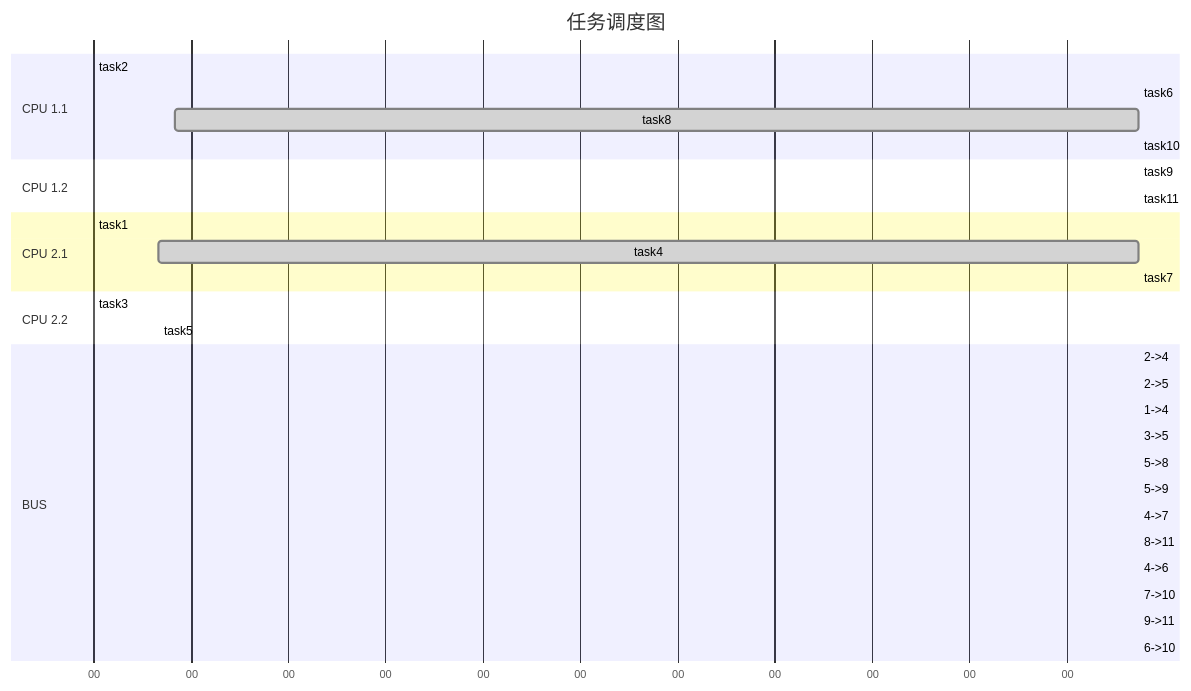
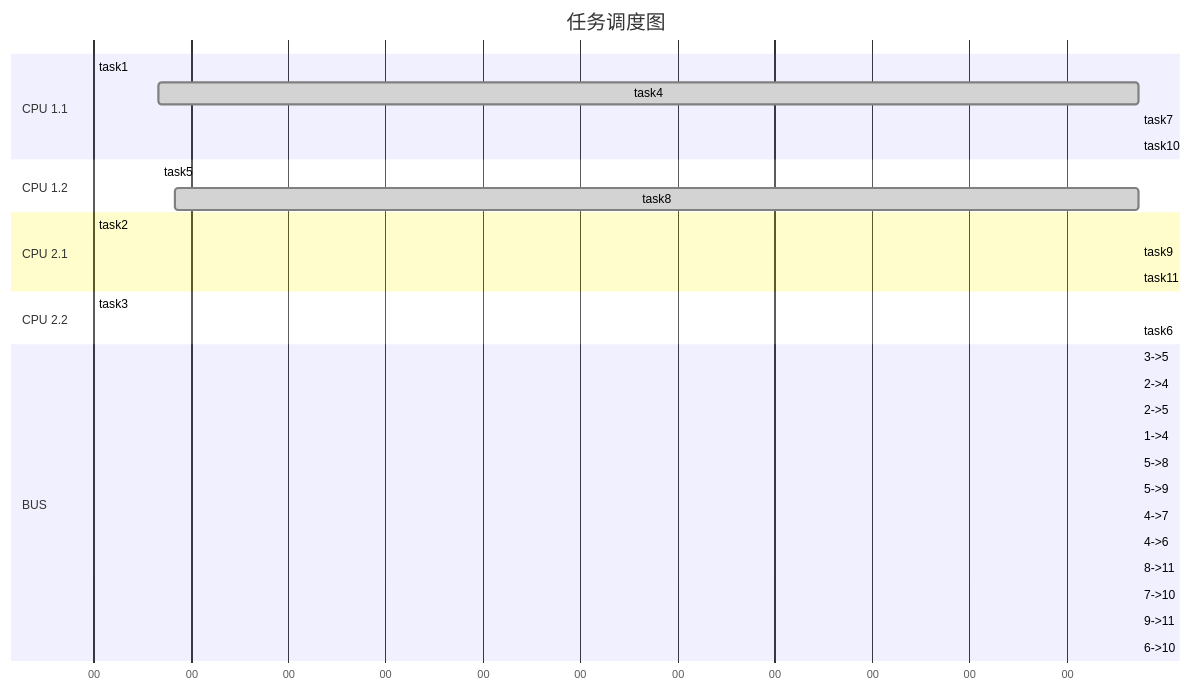
The diagram in hspa_ahg/mermaid_out.mmd (Willendless/trivial_software_hardware_algorithm), drawn with Mermaid before and after one commit. The commit also changed 5 other files, not shown here.

```diff
--- a/hspa_ahg/mermaid_out.mmd
+++ b/hspa_ahg/mermaid_out.mmd
@@ -1,32 +1,32 @@
 gantt
 title 任务调度图
 	dateFormat s
 	axisFormat %S
 	section CPU 1.1
-	task2 :done, des1, 00, 03
-	task6 :done, des1, 14, 24
-	task8 :done, des1, 09, 11
-	task10 :done, des1, 27, 29
-	section CPU 1.2
-	task9 :done, des1, 10, 17
-	task11 :done, des1, 19, 28
-	section CPU 2.1
 	task1 :done, des1, 00, 04
 	task4 :done, des1, 05, 10
 	task7 :done, des1, 11, 14
+	task10 :done, des1, 27, 32
+	section CPU 1.2
+	task5 :done, des1, 05, 08
+	task8 :done, des1, 09, 13
+	section CPU 2.1
+	task2 :done, des1, 00, 03
+	task9 :done, des1, 10, 17
+	task11 :done, des1, 19, 28
 	section CPU 2.2
-	task3 :done, des1, 00, 04
-	task5 :done, des1, 05, 08
+	task3 :done, des1, 00, 01
+	task6 :done, des1, 14, 24
 	section BUS
+	3->5 :done, des1,  1,  2
 	2->4 :done, des1,  3,  5
 	2->5 :done, des1,  3,  5
 	1->4 :done, des1,  4,  5
-	3->5 :done, des1,  4,  5
 	5->8 :done, des1,  8,  9
 	5->9 :done, des1,  8, 10
 	4->7 :done, des1, 10, 11
-	8->11 :done, des1, 11, 12
 	4->6 :done, des1, 10, 14
+	8->11 :done, des1, 13, 14
 	7->10 :done, des1, 14, 15
 	9->11 :done, des1, 17, 19
 	6->10 :done, des1, 24, 27
```
